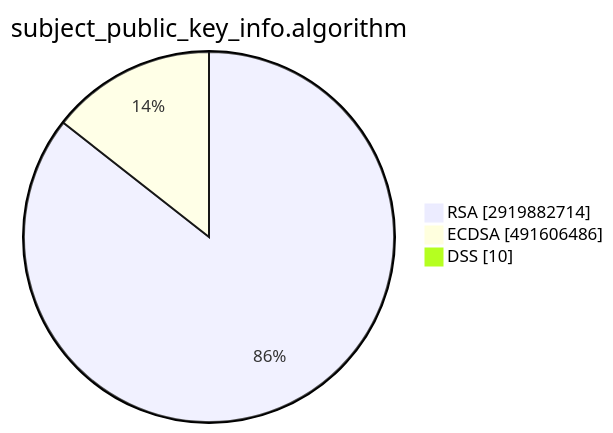
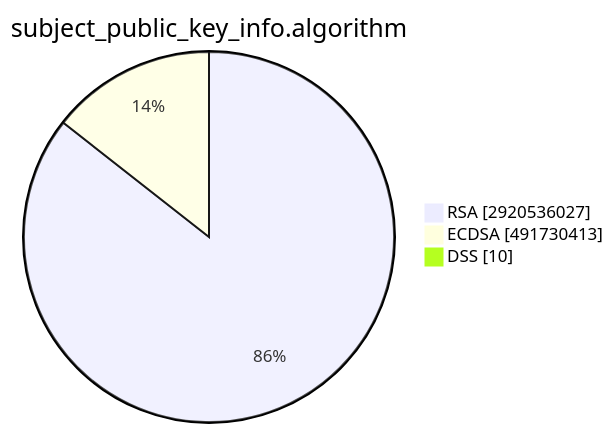
The second of 15 diagrams in TOTAL/README.md (christiankrug/ctmonitor_visualization), drawn with Mermaid before and after one commit. The commit also changed other lines of this file, not shown here.

````diff
--- a/TOTAL/README.md
+++ b/TOTAL/README.md
@@ -6,7 +6,7 @@
 ```mermaid
 pie showData
 title subject_public_key_info.algorithm
-"RSA" :2919882714
-"ECDSA" :491606486
+"RSA" :2920536027
+"ECDSA" :491730413
 "DSS" :10
 ```
````
